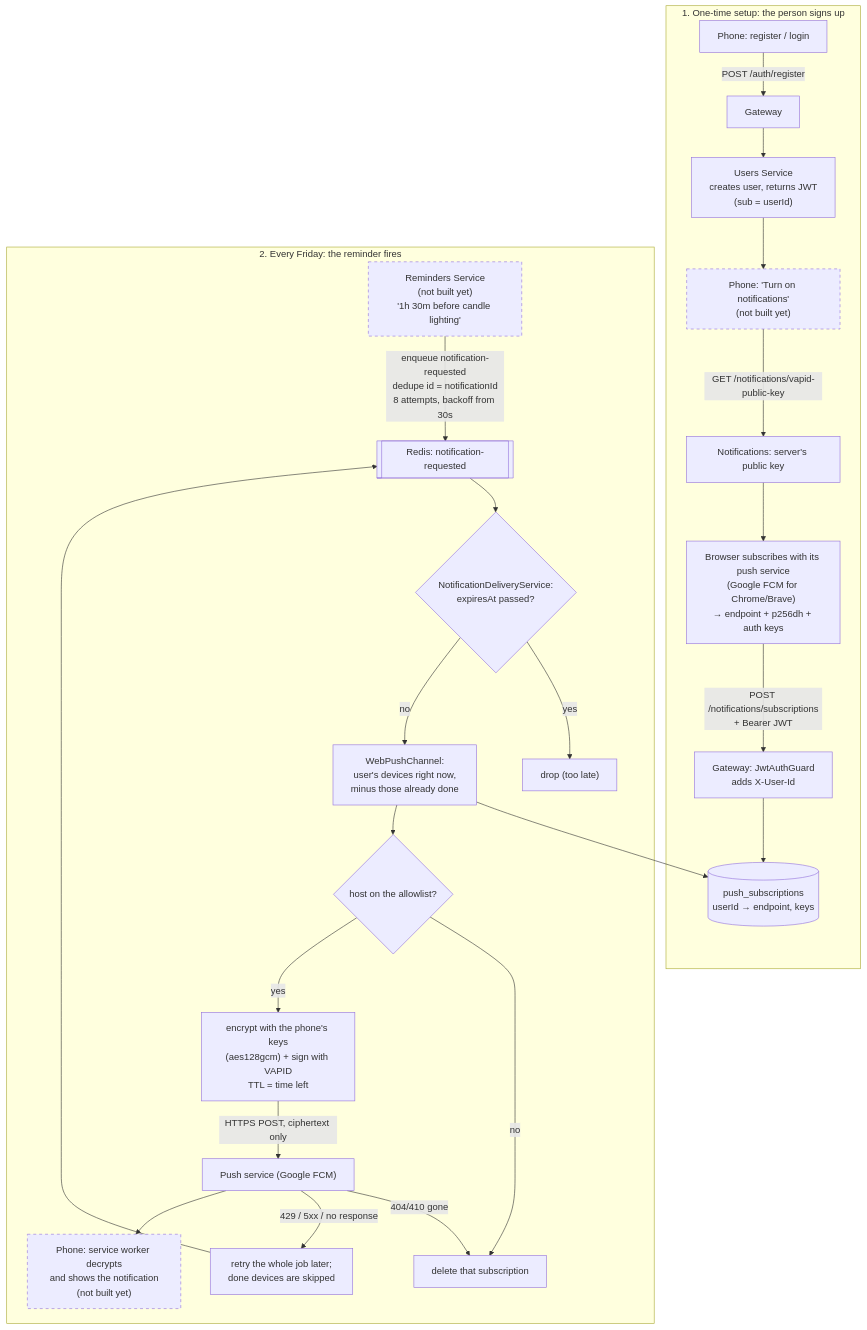
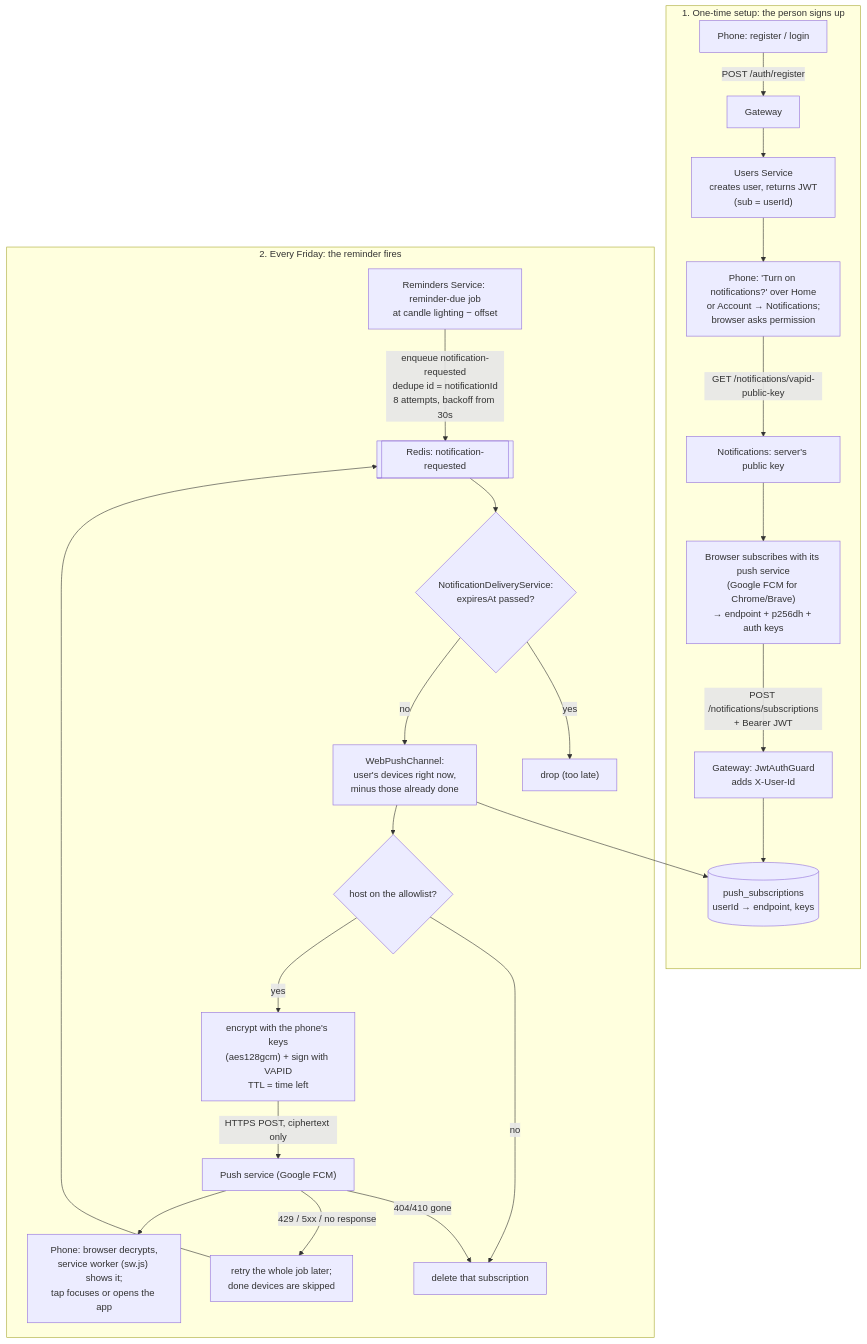
One commit to LidorElmakaies/personal-copilot changed the diagram in docs/specs/notification-flow.md. Above: the diagram before and after it, drawn with Mermaid. The commit also changed other lines of this file and 27 other files, not shown here.

First line of the commit message:
Turn on notifications in the web app (task 2.14)

````diff
--- a/docs/specs/notification-flow.md
+++ b/docs/specs/notification-flow.md
@@ -8,31 +8,28 @@
 ```mermaid
 flowchart TD
     subgraph A["1. One-time setup: the person signs up"]
         R1["Phone: register / login"] -->|POST /auth/register| GW1["Gateway"]
         GW1 --> AUTH["Users Service<br/>creates user, returns JWT<br/>(sub = userId)"]
-        AUTH --> R2["Phone: 'Turn on notifications'<br/>(not built yet)"]
+        AUTH --> R2["Phone: 'Turn on notifications?' over Home<br/>or Account → Notifications;<br/>browser asks permission"]
         R2 -->|GET /notifications/vapid-public-key| KEY["Notifications: server's public key"]
         KEY --> R3["Browser subscribes with its push service<br/>(Google FCM for Chrome/Brave)<br/>→ endpoint + p256dh + auth keys"]
         R3 -->|"POST /notifications/subscriptions<br/>+ Bearer JWT"| GW2["Gateway: JwtAuthGuard<br/>adds X-User-Id"]
         GW2 --> SUB[("push_subscriptions<br/>userId → endpoint, keys")]
     end
 
     subgraph B["2. Every Friday: the reminder fires"]
-        REM["Reminders Service<br/>(not built yet)<br/>'1h 30m before candle lighting'"] -->|"enqueue notification-requested<br/>dedupe id = notificationId<br/>8 attempts, backoff from 30s"| Q1[["Redis: notification-requested"]]
+        REM["Reminders Service: reminder-due job<br/>at candle lighting − offset"] -->|"enqueue notification-requested<br/>dedupe id = notificationId<br/>8 attempts, backoff from 30s"| Q1[["Redis: notification-requested"]]
         Q1 --> ND{"NotificationDeliveryService:<br/>expiresAt passed?"}
         ND -->|yes| DROP["drop (too late)"]
         ND -->|no| WP["WebPushChannel:<br/>user's devices right now,<br/>minus those already done"]
         WP --> SUB
         WP --> ALLOW{"host on the allowlist?"}
         ALLOW -->|no| DEL
         ALLOW -->|yes| ENC["encrypt with the phone's keys<br/>(aes128gcm) + sign with VAPID<br/>TTL = time left"]
         ENC -->|HTTPS POST, ciphertext only| FCM["Push service (Google FCM)"]
         FCM -->|404/410 gone| DEL["delete that subscription"]
         FCM -->|"429 / 5xx / no response"| RETRY["retry the whole job later;<br/>done devices are skipped"]
         RETRY --> Q1
-        FCM --> PH["Phone: service worker decrypts<br/>and shows the notification<br/>(not built yet)"]
+        FCM --> PH["Phone: browser decrypts,<br/>service worker (sw.js) shows it;<br/>tap focuses or opens the app"]
     end
-
-    classDef todo stroke-dasharray: 5 5
-    class R2,REM,PH todo
 ```
````
